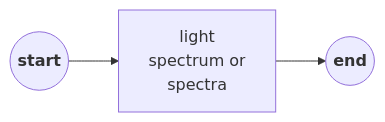
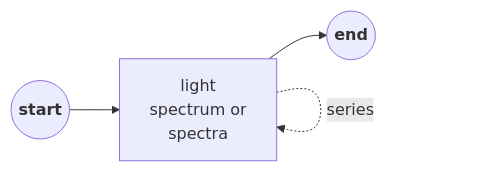
One commit to aphalo/r4p-blog changed the seventh of 11 diagrams in pages/acq-irrad-tutorial.qmd. Above: the diagram before and after it, drawn with Mermaid. The commit also changed other lines of this file and 1 other file, not shown here.

Commit message:
acq-irrad-tutorial add figure legends and edit

````diff
--- a/pages/acq-irrad-tutorial.qmd
+++ b/pages/acq-irrad-tutorial.qmd
@@ -316,5 +362,8 @@
 ```{mermaid}
+%%| label: fig-protocol-l
+%%| fig-cap: Flow chart of the measurement steps for protocol _light_ or `l`.
 flowchart LR
   S((<b>start</b>)) --> C
   C[light\nspectrum or\nspectra] --> E((<b>end</b>))
+  C -.series.-> C
 ```
````
